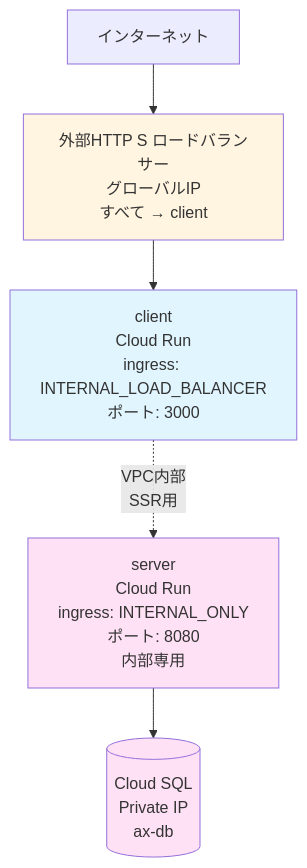
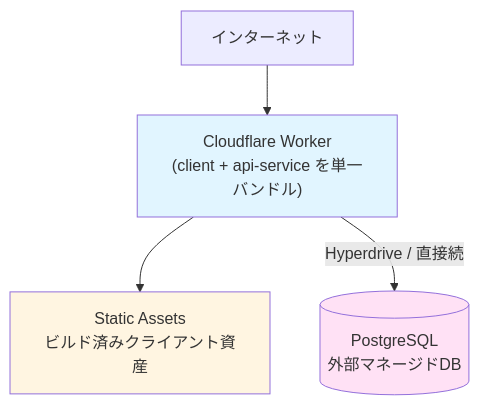
The first of 3 diagrams in docs/architecture/architecture.md (revedge-jp/fullstack-hono-tanstack-template), drawn with Mermaid before and after one commit. The commit also changed other lines of this file and 30 other files, not shown here.

````diff
--- a/docs/architecture/architecture.md
+++ b/docs/architecture/architecture.md
@@ -7,18 +12,15 @@
 ```mermaid
 graph TB
     Internet[インターネット]
-    LB[外部HTTP S ロードバランサー<br/>グローバルIP<br/>すべて → client]
-    Client[client<br/>Cloud Run<br/>ingress: INTERNAL_LOAD_BALANCER<br/>ポート: 3000]
-    Server[server<br/>Cloud Run<br/>ingress: INTERNAL_ONLY<br/>ポート: 8080<br/>内部専用]
-    DB[(Cloud SQL<br/>Private IP<br/>ax-db)]
-    
-    Internet --> LB
-    LB --> Client
-    Client -.VPC内部<br/>SSR用.-> Server
-    Server --> DB
-    
-    style Client fill:#e1f5ff
-    style Server fill:#ffe1f5
+    Worker["Cloudflare Worker<br/>(client + api-service を単一バンドル)"]
+    Assets[Static Assets<br/>ビルド済みクライアント資産]
+    DB[(PostgreSQL<br/>外部マネージドDB)]
+
+    Internet --> Worker
+    Worker --> Assets
+    Worker -->|"Hyperdrive / 直接続"| DB
+
+    style Worker fill:#e1f5ff
     style DB fill:#ffe1f5
-    style LB fill:#fff5e1
+    style Assets fill:#fff5e1
 ```
````
